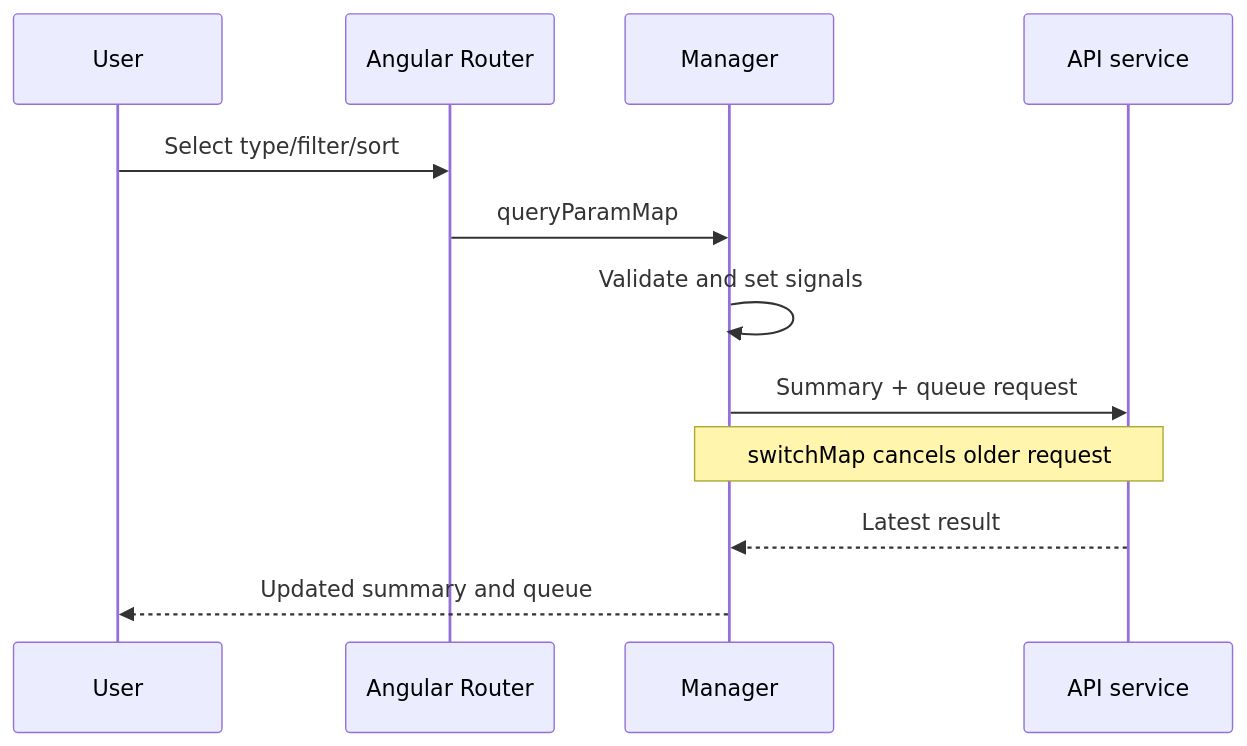
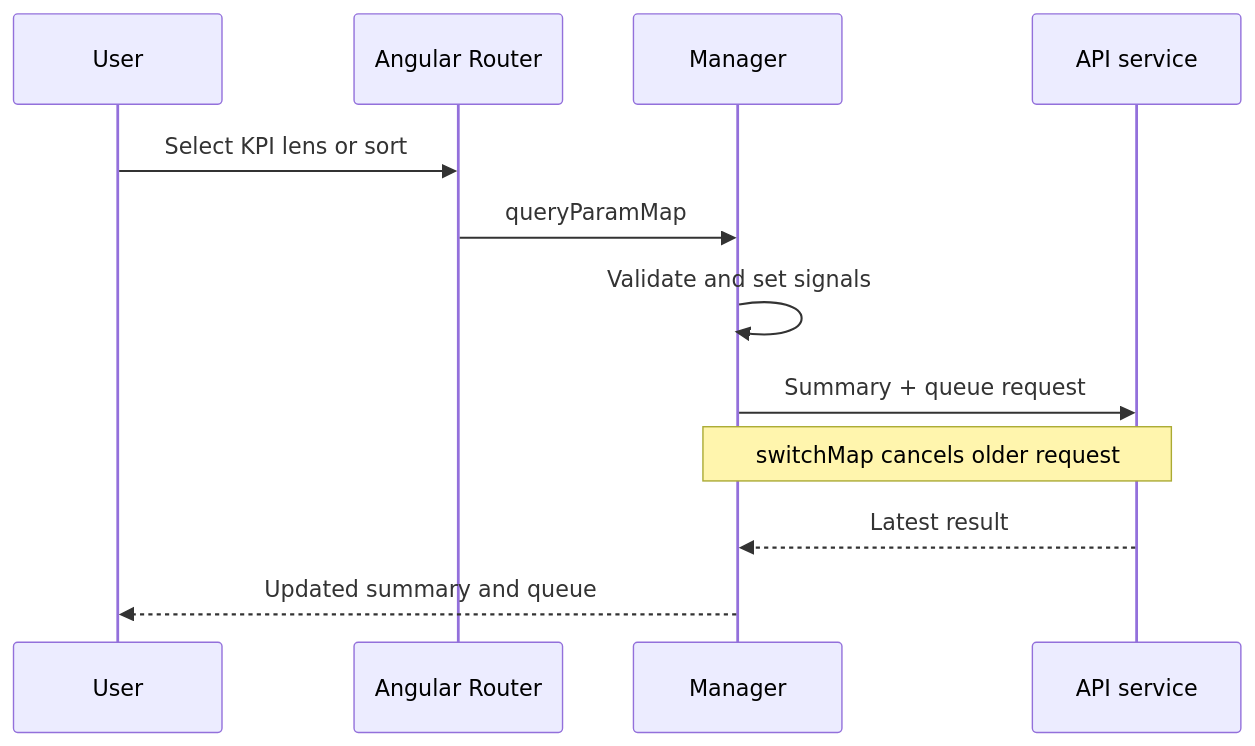
Before and after one commit to ramumutha/AutoVision: the second of 4 diagrams in docs/architecture/service-profit-frontend-flow.md, drawn with Mermaid. The commit also changed other lines of this file and 8 other files, not shown here.

````diff
--- a/docs/architecture/service-profit-frontend-flow.md
+++ b/docs/architecture/service-profit-frontend-flow.md
@@ -66,14 +72,14 @@
 ```mermaid
 sequenceDiagram
     participant U as User
     participant R as Angular Router
     participant M as Manager
     participant A as API service
-    U->>R: Select type/filter/sort
+    U->>R: Select KPI lens or sort
     R->>M: queryParamMap
     M->>M: Validate and set signals
     M->>A: Summary + queue request
     Note over M,A: switchMap cancels older request
     A-->>M: Latest result
     M-->>U: Updated summary and queue
 ```
````
